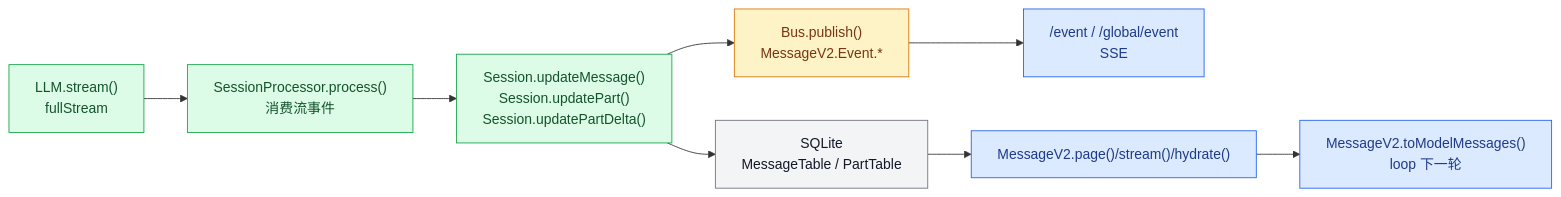
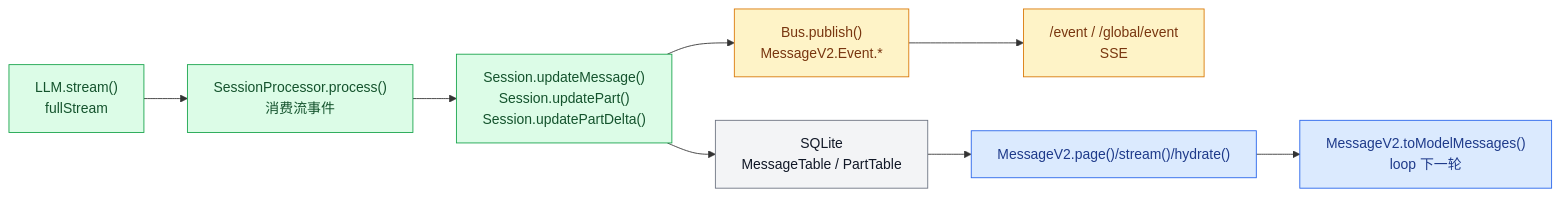
Before and after one commit to feuyeux/agent-study: the first of 22 diagrams in opencode_kickoff/A07-durable-state.md, drawn with Mermaid. The commit also changed other lines of this file, not shown here.

Commit message:
docs(opencode_kickoff): unify A07 diagram colors

````diff
--- a/opencode_kickoff/A07-durable-state.md
+++ b/opencode_kickoff/A07-durable-state.md
@@ -43,29 +43,29 @@
 ```mermaid
 flowchart LR
     LLM["LLM.stream()<br/>fullStream"]
     Proc["SessionProcessor.process()<br/>消费流事件"]
     Write["Session.updateMessage()<br/>Session.updatePart()<br/>Session.updatePartDelta()"]
     DB["SQLite<br/>MessageTable / PartTable"]
     Bus["Bus.publish()<br/>MessageV2.Event.*"]
     SSE["/event / /global/event<br/>SSE"]
     Read["MessageV2.page()/stream()/hydrate()"]
     Model["MessageV2.toModelMessages()<br/>loop 下一轮"]
 
     LLM --> Proc
     Proc --> Write
     Write --> DB
     Write --> Bus
     DB --> Read
     Bus --> SSE
     Read --> Model
 
     classDef producer fill:#DCFCE7,stroke:#16A34A,color:#14532D;
     classDef consumer fill:#DBEAFE,stroke:#2563EB,color:#1E3A8A;
     classDef bridge fill:#FEF3C7,stroke:#D97706,color:#78350F;
     classDef storage fill:#F3F4F6,stroke:#6B7280,color:#111827;
 
     class LLM,Proc,Write producer;
-    class SSE,Read,Model consumer;
-    class Bus bridge;
+    class Read,Model consumer;
+    class Bus,SSE bridge;
     class DB storage;
 ```
````
